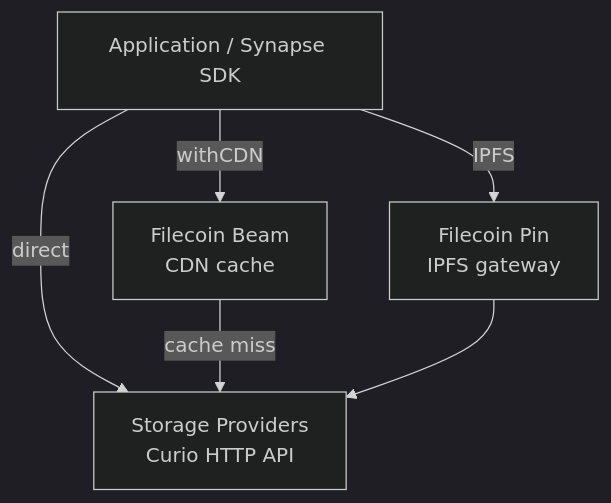
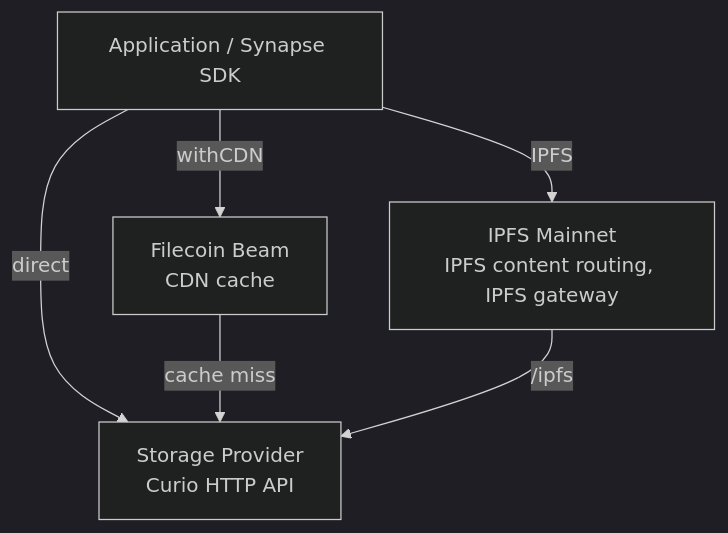
One commit to FilOzone/synapse-sdk changed the diagram in docs/src/content/docs/core-concepts/retrieval.mdx. Above: the diagram before and after it, drawn with Mermaid (dark theme). The commit also changed other lines of this file and 1 other file, not shown here.

First line of the commit message:
docs(retrieval): clarify /piece vs /ipfs paths, expand IPFS retrieval, fix SDK download description

````diff
--- a/docs/src/content/docs/core-concepts/retrieval.mdx
+++ b/docs/src/content/docs/core-concepts/retrieval.mdx
@@ -31,11 +31,11 @@
 ```mermaid
 graph TD
     App[Application / Synapse SDK]
 
+    App -->|direct| SP[Storage Provider<br/>Curio HTTP API]
     App -->|"withCDN"| FB[Filecoin Beam<br/>CDN cache]
-    App -->|direct| SP[Storage Providers<br/>Curio HTTP API]
-    App -->|IPFS| PIN[Filecoin Pin<br/>IPFS gateway]
+    App -->|IPFS| IpfsMainnet[IPFS Mainnet<br/>IPFS content routing, IPFS gateway]
 
     FB -->|cache miss| SP
-    PIN --> SP
+    IpfsMainnet -->|/ipfs| SP
 ```
````
